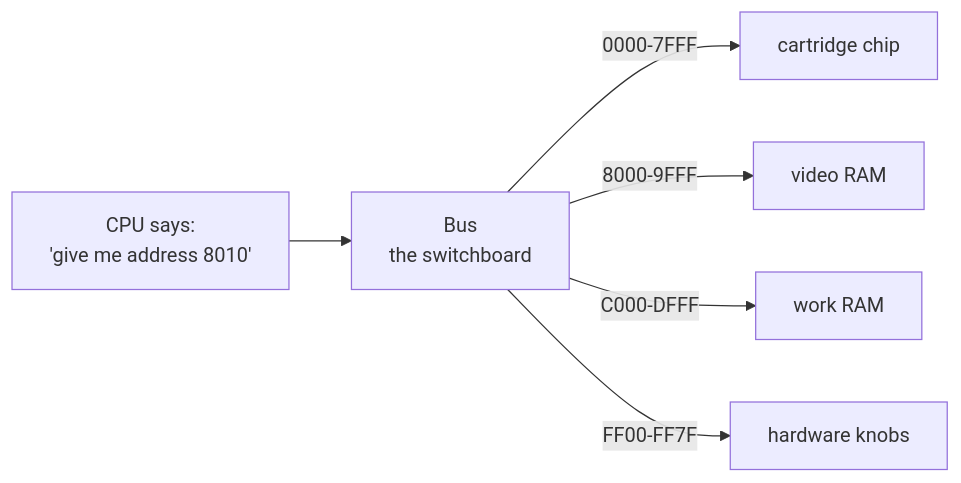
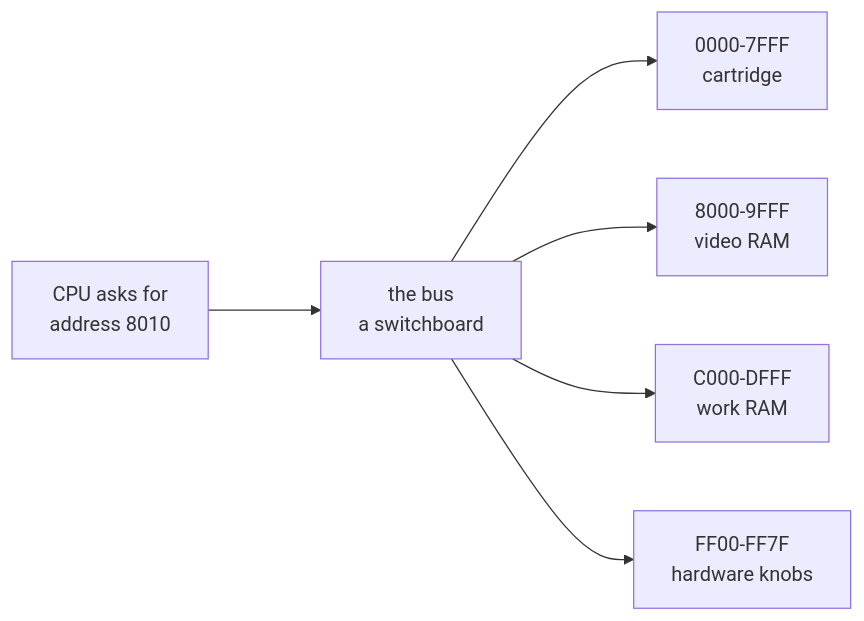
Before and after one commit to dudustri/rustboy-color: the second of 16 diagrams in docs/architecture.md, drawn with Mermaid. The commit also changed other lines of this file and 17 other files, not shown here.

````diff
--- a/docs/architecture.md
+++ b/docs/architecture.md
@@ -47,8 +50,9 @@
 ```mermaid
+%%{init: {"flowchart": {"nodeSpacing": 55, "rankSpacing": 90}}}%%
 flowchart LR
-    CPU["CPU says:<br/>'give me address 8010'"] --> BUS["Bus<br/>the switchboard"]
-    BUS -->|"0000-7FFF"| ROM["cartridge chip"]
-    BUS -->|"8000-9FFF"| VRAM["video RAM"]
-    BUS -->|"C000-DFFF"| WRAM["work RAM"]
-    BUS -->|"FF00-FF7F"| IO["hardware knobs"]
+    CPU["CPU asks for<br/>address 8010"] --> BUS["the bus<br/>a switchboard"]
+    BUS --> ROM["0000-7FFF<br/>cartridge"]
+    BUS --> VRAM["8000-9FFF<br/>video RAM"]
+    BUS --> WRAM["C000-DFFF<br/>work RAM"]
+    BUS --> IO["FF00-FF7F<br/>hardware knobs"]
 ```
````
